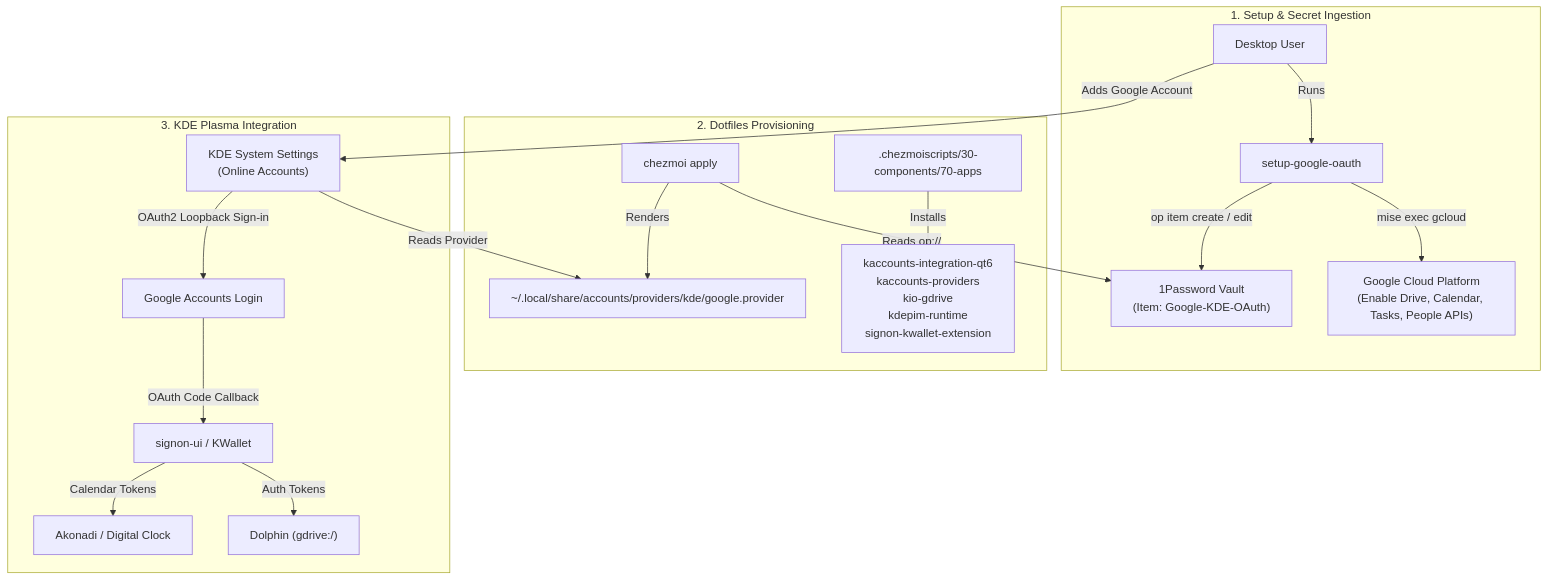
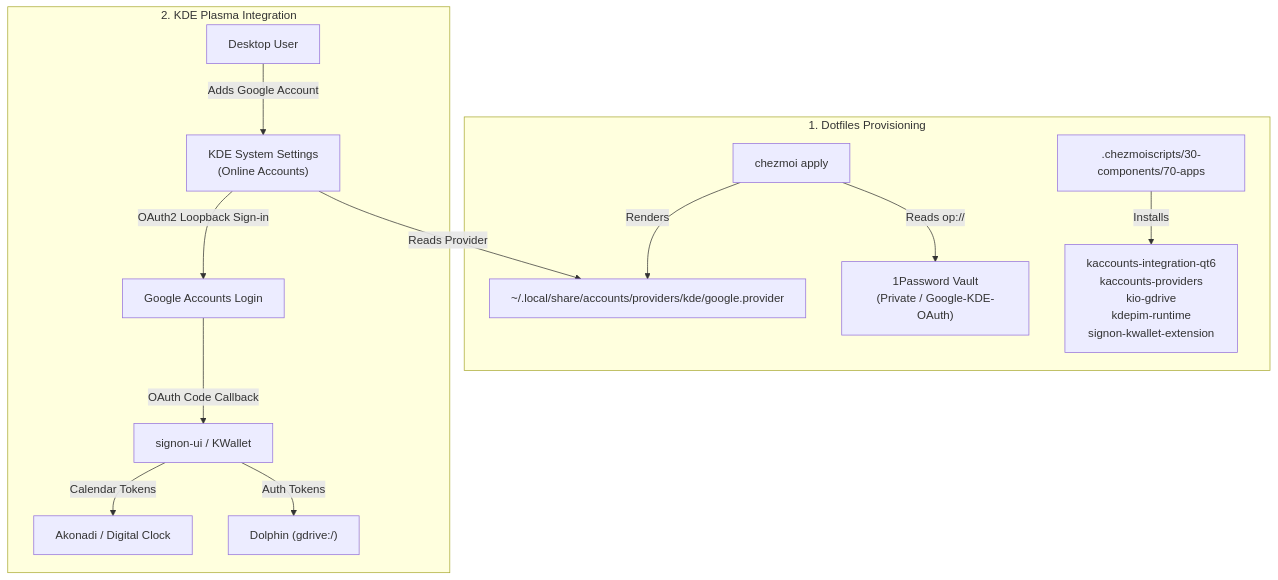
The diagram in docs/plans/2026-09-01-1345-feat-kde-plasma-google-oauth-integration-plan.md (hyperlapse122/dotfiles), drawn with Mermaid before and after one commit. The commit also changed other lines of this file and 2 other files, not shown here.

Commit message:
chore(kde): remove setup-google-oauth helper command

````diff
--- a/docs/plans/2026-09-01-1345-feat-kde-plasma-google-oauth-integration-plan.md
+++ b/docs/plans/2026-09-01-1345-feat-kde-plasma-google-oauth-integration-plan.md
@@ -156,23 +133,17 @@
 ```mermaid
 flowchart TB
-  subgraph Setup_Phase ["1. Setup & Secret Ingestion"]
-    User[Desktop User] -->|Runs| Cmd["setup-google-oauth"]
-    Cmd -->|mise exec gcloud| GCP_API["Google Cloud Platform\n(Enable Drive, Calendar, Tasks, People APIs)"]
-    Cmd -->|op item create / edit| Vault["1Password Vault\n(Item: Google-KDE-OAuth)"]
-  end
-
-  subgraph Deploy_Phase ["2. Dotfiles Provisioning"]
-    Chezmoi["chezmoi apply"] -->|Reads op://| Vault
+  subgraph Deploy_Phase ["1. Dotfiles Provisioning"]
+    Chezmoi["chezmoi apply"] -->|Reads op://| Vault["1Password Vault\n(Private / Google-KDE-OAuth)"]
     Chezmoi -->|Renders| ProviderFile["~/.local/share/accounts/providers/kde/google.provider"]
     AppInstall[".chezmoiscripts/30-components/70-apps"] -->|Installs| Pkgs["kaccounts-integration-qt6\nkaccounts-providers\nkio-gdrive\nkdepim-runtime\nsignon-kwallet-extension"]
   end
 
-  subgraph Runtime_Phase ["3. KDE Plasma Integration"]
-    User -->|Adds Google Account| KCM["KDE System Settings\n(Online Accounts)"]
+  subgraph Runtime_Phase ["2. KDE Plasma Integration"]
+    User["Desktop User"] -->|Adds Google Account| KCM["KDE System Settings\n(Online Accounts)"]
     KCM -->|Reads Provider| ProviderFile
     KCM -->|OAuth2 Loopback Sign-in| GoogleAuth["Google Accounts Login"]
     GoogleAuth -->|OAuth Code Callback| SignOn["signon-ui / KWallet"]
     SignOn -->|Auth Tokens| KIO["Dolphin (gdrive:/)"]
     SignOn -->|Calendar Tokens| Akonadi["Akonadi / Digital Clock"]
   end
 ```
````
